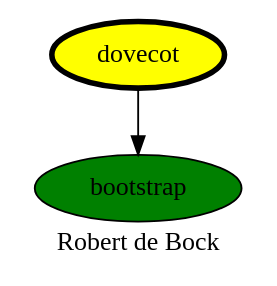
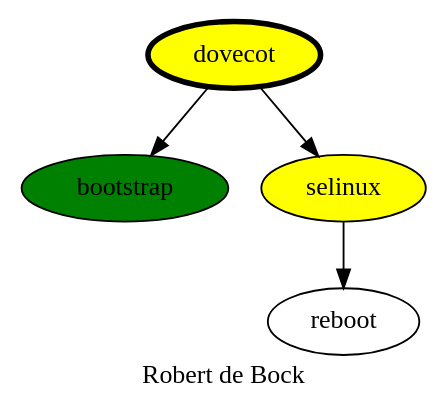
One commit to robertdebock/drawings changed the diagram in dovecot.dot. Above: the diagram before and after it, drawn with Graphviz. The commit also changed 1 other file, not shown here.

Commit message:
Dovecot depends on selinux (and implicitly reboot)

```diff
--- a/dovecot.dot
+++ b/dovecot.dot
@@ -1,10 +1,13 @@
 
 digraph PhiloDilemma {
   label = "Robert de Bock" ;
   overlap=false
   {
     bootstrap [fillcolor=green style=filled]
+    selinux [fillcolor=yellow style=filled]
     dovecot [fillcolor=yellow style=filled penwidth=3]
   }
   dovecot -> bootstrap
+  dovecot -> selinux
+  selinux -> reboot
 }
```
